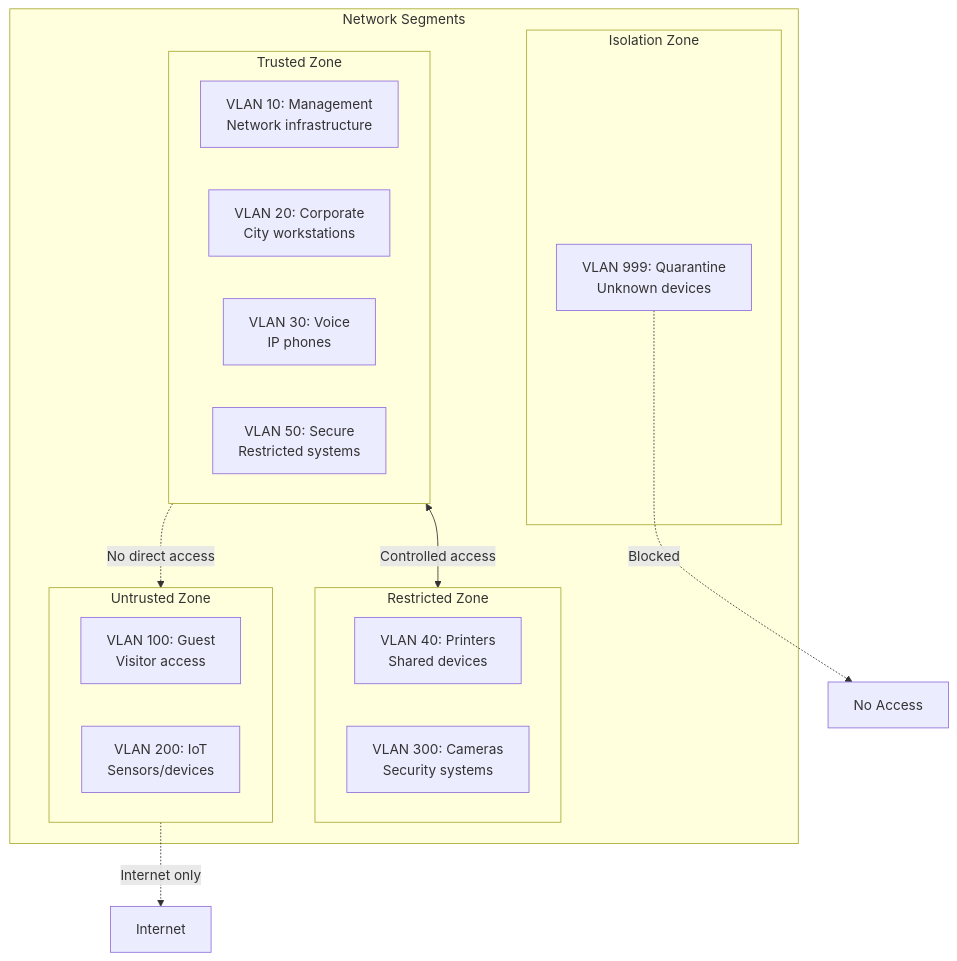
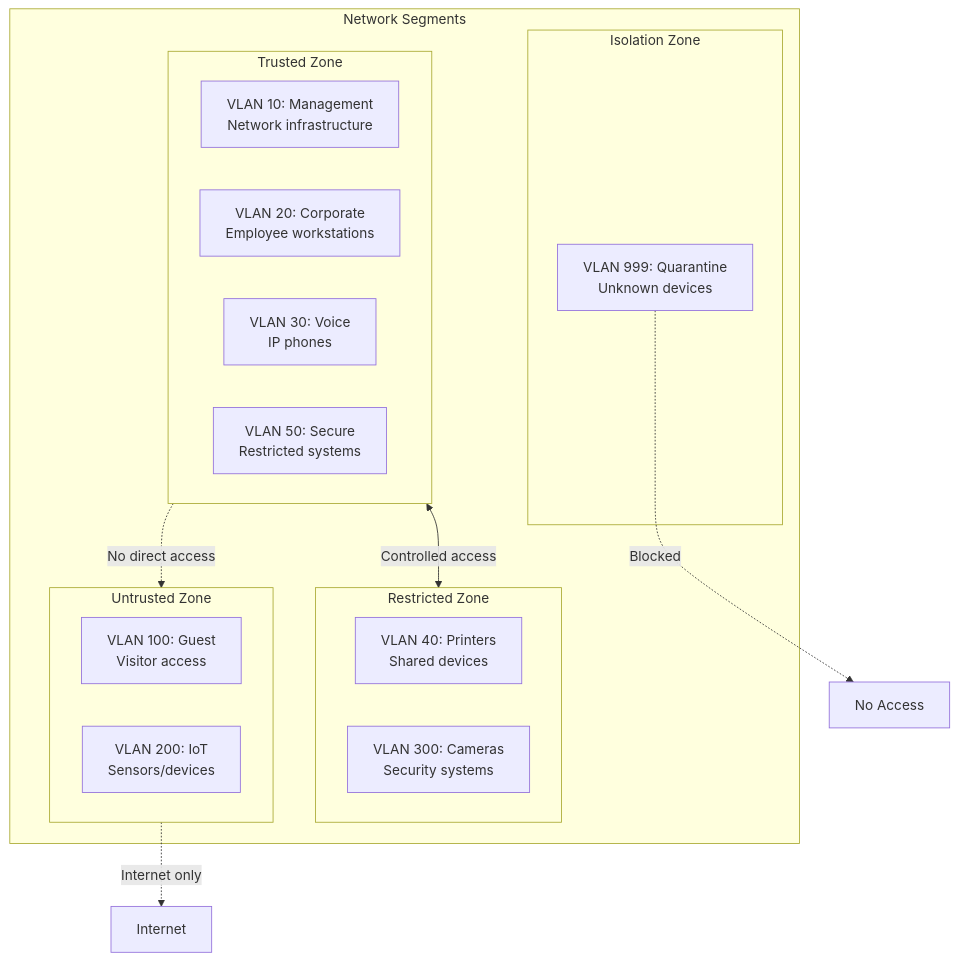
One commit to NewOrleansITI/networkstandards changed the first of 6 diagrams in docs/ethernet/port-configurations.md. Above: the diagram before and after it, drawn with Mermaid. The commit also changed other lines of this file and 17 other files, not shown here.

````diff
--- a/docs/ethernet/port-configurations.md
+++ b/docs/ethernet/port-configurations.md
@@ -28,30 +28,30 @@
 ```mermaid
 graph TB
     subgraph SEGMENTS["Network Segments"]
         subgraph TRUSTED["Trusted Zone"]
             MGMT["VLAN 10: Management<br/>Network infrastructure"]
-            CORP["VLAN 20: Corporate<br/>City workstations"]
+            CORP["VLAN 20: Corporate<br/>Employee workstations"]
             VOIP["VLAN 30: Voice<br/>IP phones"]
             SECURE["VLAN 50: Secure<br/>Restricted systems"]
         end
 
         subgraph RESTRICTED["Restricted Zone"]
             PRINT["VLAN 40: Printers<br/>Shared devices"]
             CAMERA["VLAN 300: Cameras<br/>Security systems"]
         end
 
         subgraph UNTRUSTED["Untrusted Zone"]
             GUEST["VLAN 100: Guest<br/>Visitor access"]
             IOT["VLAN 200: IoT<br/>Sensors/devices"]
         end
 
         subgraph ISOLATION["Isolation Zone"]
             QUARANTINE["VLAN 999: Quarantine<br/>Unknown devices"]
         end
     end
 
     TRUSTED <-->|"Controlled access"| RESTRICTED
     TRUSTED -.->|"No direct access"| UNTRUSTED
     UNTRUSTED -.->|"Internet only"| INET[Internet]
     QUARANTINE -.->|"Blocked"| NOWHERE[No Access]
 ```
````
